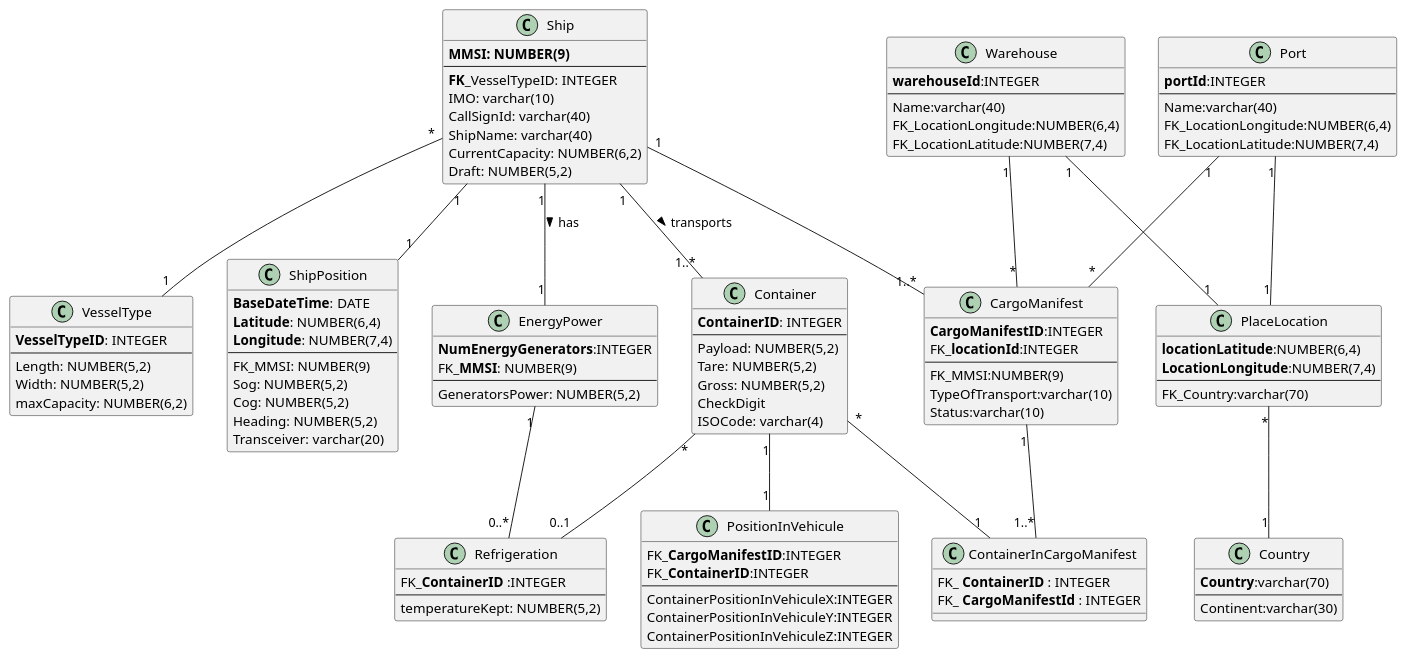
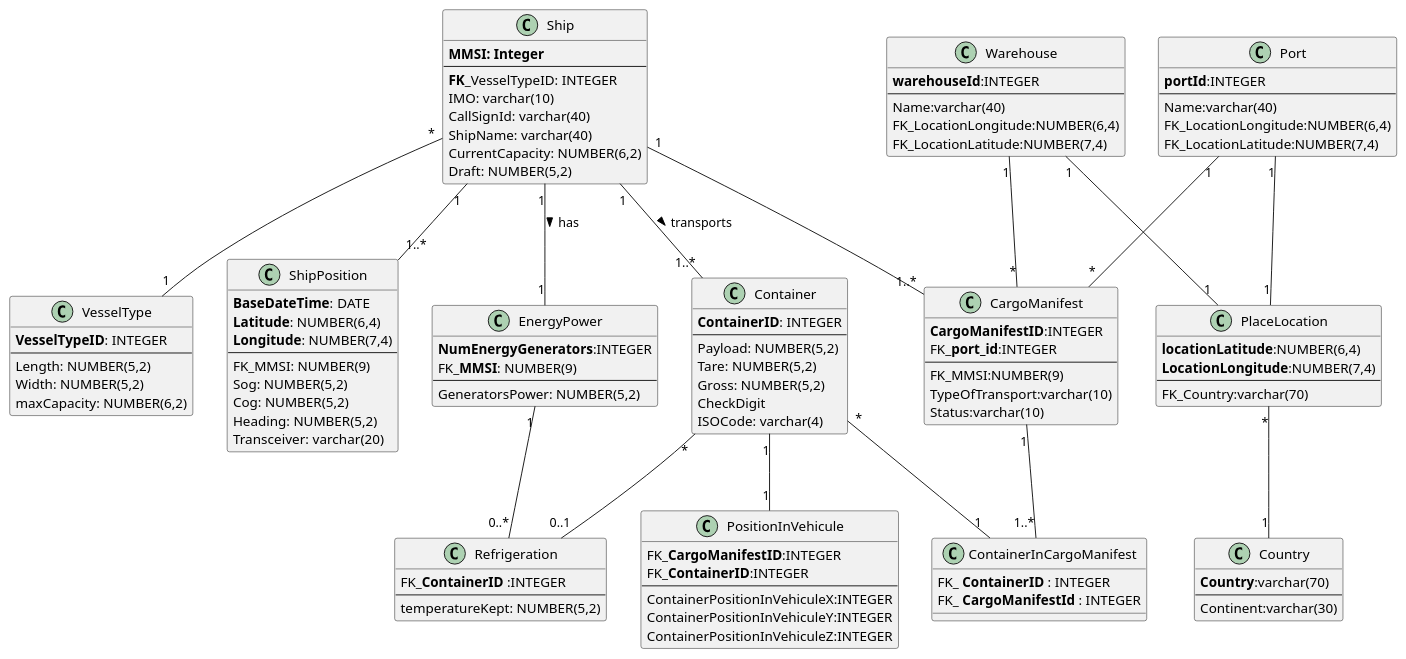
Before and after one commit to ana-albergaria/LAPR3-ISEP: the diagram in docs/Data_Model_Physical.puml, drawn with PlantUML. The commit also changed 1 other file, not shown here.

```diff
--- a/docs/Data_Model_Physical.puml
+++ b/docs/Data_Model_Physical.puml
@@ -1,153 +1,153 @@
 @startuml
 'https://plantuml.com/class-diagram
 
 /'class Company{
 
 }'/
 
 class Ship{
-    **MMSI: NUMBER(9)**
+    **MMSI: Integer**
     ---
     **FK**_VesselTypeID: INTEGER
     IMO: varchar(10)
     CallSignId: varchar(40)
     ShipName: varchar(40)
     CurrentCapacity: NUMBER(6,2)
     Draft: NUMBER(5,2)
 }
 
 class VesselType{
     **VesselTypeID**: INTEGER
     --
     Length: NUMBER(5,2)
     Width: NUMBER(5,2)
     maxCapacity: NUMBER(6,2)
 }
 
 class ShipPosition{
     **BaseDateTime**: DATE
     **Latitude**: NUMBER(6,4)
     **Longitude**: NUMBER(7,4)
     --
     FK_MMSI: NUMBER(9)
     Sog: NUMBER(5,2)
     Cog: NUMBER(5,2)
     Heading: NUMBER(5,2)
     Transceiver: varchar(20)
 }
 
 class Container{
     **ContainerID**: INTEGER
     --
     Payload: NUMBER(5,2)
     Tare: NUMBER(5,2)
     Gross: NUMBER(5,2)
     CheckDigit
     ISOCode: varchar(4)
 }
 
 class Refrigeration {
     FK_**ContainerID** :INTEGER
     ---
     temperatureKept: NUMBER(5,2)
 }
 
 class EnergyPower{
     **NumEnergyGenerators**:INTEGER
     FK_**MMSI**: NUMBER(9)
     ---
     GeneratorsPower: NUMBER(5,2)
 }
 /'refrigeration state is ambigous'/
 
 /'manifest type(loading, unloading) changes its values'/
 class CargoManifest{
     **CargoManifestID**:INTEGER
-    FK_**locationId**:INTEGER
+    FK_**port_id**:INTEGER
     ---
     FK_MMSI:NUMBER(9)
     TypeOfTransport:varchar(10)
     Status:varchar(10)
 }
 
 class PositionInVehicule{
     FK_**CargoManifestID**:INTEGER
     FK_**ContainerID**:INTEGER
     ---
     ContainerPositionInVehiculeX:INTEGER
     ContainerPositionInVehiculeY:INTEGER
     ContainerPositionInVehiculeZ:INTEGER
 }
 
 class Port {
     **portId**:INTEGER
     ---
     Name:varchar(40)
     FK_LocationLongitude:NUMBER(6,4)
     FK_LocationLatitude:NUMBER(7,4)
 }
 
 class Warehouse {
     **warehouseId**:INTEGER
     ---
     Name:varchar(40)
     FK_LocationLongitude:NUMBER(6,4)
     FK_LocationLatitude:NUMBER(7,4)
 }
 
 class Country{
     **Country**:varchar(70)
     ---
     Continent:varchar(30)
 }
 
 class PlaceLocation{
     **locationLatitude**:NUMBER(6,4)
     **LocationLongitude**:NUMBER(7,4)
     ---
     FK_Country:varchar(70)
 }
 
 class ContainerInCargoManifest{
     FK_** ContainerID **: INTEGER
     FK_** CargoManifestId **: INTEGER
 }
 
 
 /'class Truck{
     truckID
 }
 
 class Transports{
     truckId FK
     warehouseId FK
 }'/
 
 
 
 
 Ship "1" -- "1..*" Container : transports >
 Container "1" -- "1" PositionInVehicule
-Ship "1" -- "1" ShipPosition
+Ship "1" -- "1..*" ShipPosition
 Ship "*" -- "1" VesselType
 Ship "1" -- "1..*" CargoManifest
 CargoManifest "1" -- "1..*" ContainerInCargoManifest
 Container "*" -- "1" ContainerInCargoManifest
 /'Truck "1" -- "1..*" CargoManifest'/
 /'
 Truck "*" -- "1" Container
 '/
 Port "1" -- "1" PlaceLocation
 Warehouse "1" -- "1" PlaceLocation
 PlaceLocation "*" -- "1" Country
 Port "1" -- "*" CargoManifest
 Warehouse "1" -- "*" CargoManifest
 /'Relacoes N para N, falta relacao'/
 /'
 Truck "1..*" -- "1..*" Warehouse
 '/
 Container "*" -- "0..1" Refrigeration
 Ship "1" -- "1" EnergyPower : has >
 EnergyPower "1" -- "0..*" Refrigeration
 
 @enduml
```
